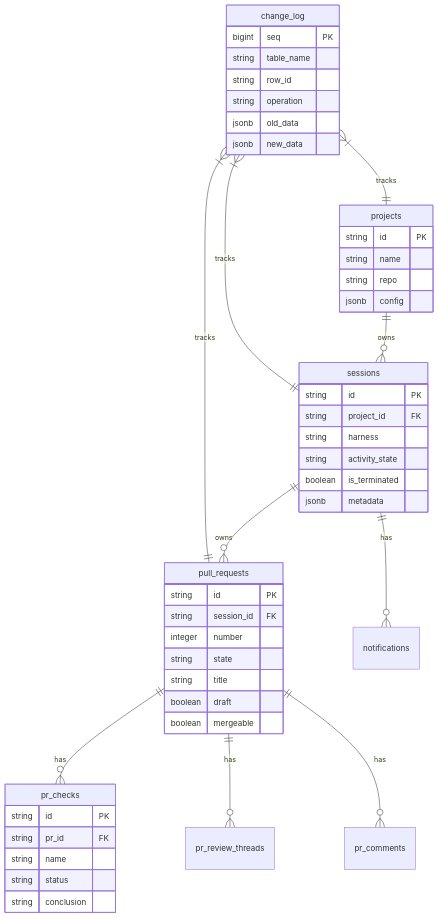
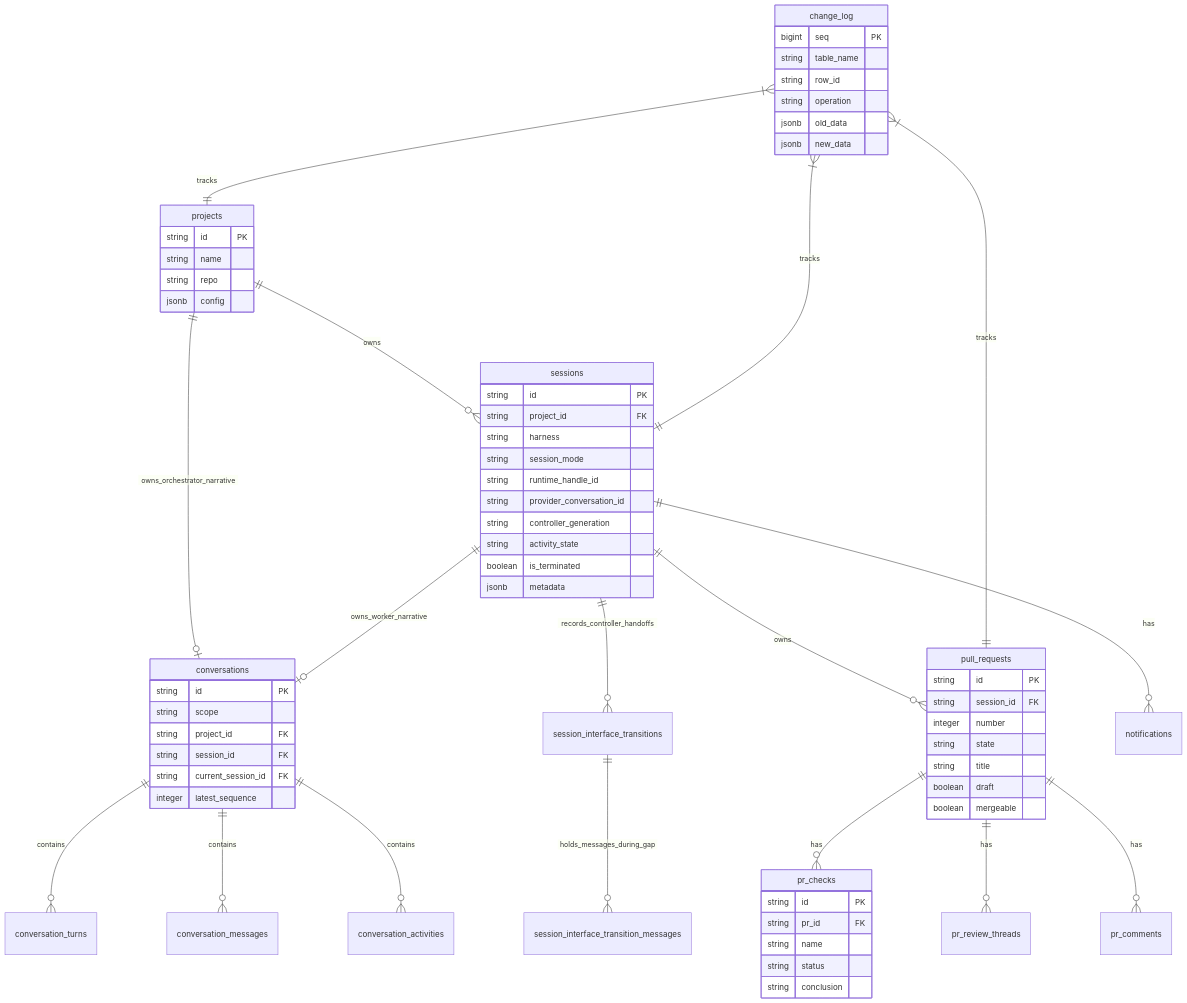
One commit to AronPerez/agent-orchestrator changed diagram 11 of 24 in docs/architecture.md. Above: the diagram before and after it, drawn with Mermaid. The commit also changed other lines of this file and 744 other files, not shown here.

````diff
--- a/docs/architecture.md
+++ b/docs/architecture.md
@@ -345,55 +447,75 @@
 ```mermaid
 erDiagram
     projects ||--o{ sessions : owns
+    projects ||--o| conversations : owns_orchestrator_narrative
+    sessions ||--o| conversations : owns_worker_narrative
+    sessions ||--o{ session_interface_transitions : records_controller_handoffs
+    session_interface_transitions ||--o{ session_interface_transition_messages : holds_messages_during_gap
+    conversations ||--o{ conversation_turns : contains
+    conversations ||--o{ conversation_messages : contains
+    conversations ||--o{ conversation_activities : contains
     sessions ||--o{ pull_requests : owns
     pull_requests ||--o{ pr_checks : has
     pull_requests ||--o{ pr_review_threads : has
     pull_requests ||--o{ pr_comments : has
     sessions ||--o{ notifications : has
     change_log }|--|| projects : tracks
     change_log }|--|| sessions : tracks
     change_log }|--|| pull_requests : tracks
 
     projects {
         string id PK
         string name
         string repo
         jsonb config
     }
 
     sessions {
         string id PK
         string project_id FK
         string harness
+        string session_mode
+        string runtime_handle_id
+        string provider_conversation_id
+        string controller_generation
         string activity_state
         boolean is_terminated
         jsonb metadata
+    }
+
+    conversations {
+        string id PK
+        string scope
+        string project_id FK
+        string session_id FK
+        string current_session_id FK
+        integer latest_sequence
     }
 
     pull_requests {
         string id PK
         string session_id FK
         integer number
         string state
         string title
         boolean draft
         boolean mergeable
     }
 
     pr_checks {
         string id PK
         string pr_id FK
         string name
         string status
         string conclusion
     }
 
     change_log {
         bigint seq PK
         string table_name
         string row_id
         string operation
         jsonb old_data
         jsonb new_data
     }
 ```
````
